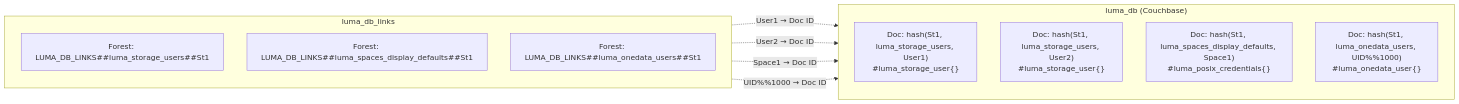
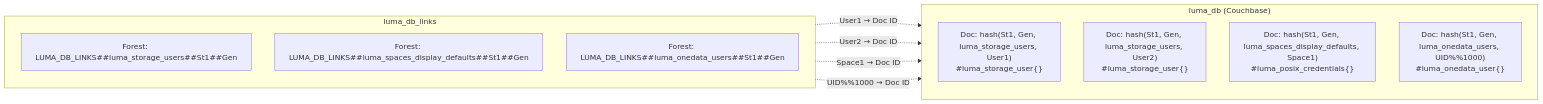
Before and after one commit to onedata/op-worker: the first of 2 diagrams in doc/architecture/storage/luma/data-model.md, drawn with Mermaid. The commit also changed other lines of this file and 2 other files, not shown here.

Commit message:
VFS-11947 Update storage docs

````diff
--- a/doc/architecture/storage/luma/data-model.md
+++ b/doc/architecture/storage/luma/data-model.md
@@ -220,22 +234,22 @@
 ```mermaid
 graph LR
     subgraph "luma_db (Couchbase)"
         direction TB
-        D1["Doc: hash(St1, luma_storage_users, User1)<br/>#luma_storage_user{}"]
-        D2["Doc: hash(St1, luma_storage_users, User2)<br/>#luma_storage_user{}"]
-        D3["Doc: hash(St1, luma_spaces_display_defaults, Space1)<br/>#luma_posix_credentials{}"]
-        D4["Doc: hash(St1, luma_onedata_users, UID%%1000)<br/>#luma_onedata_user{}"]
+        D1["Doc: hash(St1, Gen, luma_storage_users, User1)<br/>#luma_storage_user{}"]
+        D2["Doc: hash(St1, Gen, luma_storage_users, User2)<br/>#luma_storage_user{}"]
+        D3["Doc: hash(St1, Gen, luma_spaces_display_defaults, Space1)<br/>#luma_posix_credentials{}"]
+        D4["Doc: hash(St1, Gen, luma_onedata_users, UID%%1000)<br/>#luma_onedata_user{}"]
     end
 
     subgraph "luma_db_links"
         direction TB
-        L1["Forest: LUMA_DB_LINKS##luma_storage_users##St1"]
-        L2["Forest: LUMA_DB_LINKS##luma_spaces_display_defaults##St1"]
-        L3["Forest: LUMA_DB_LINKS##luma_onedata_users##St1"]
+        L1["Forest: LUMA_DB_LINKS##luma_storage_users##St1##Gen"]
+        L2["Forest: LUMA_DB_LINKS##luma_spaces_display_defaults##St1##Gen"]
+        L3["Forest: LUMA_DB_LINKS##luma_onedata_users##St1##Gen"]
     end
 
     L1 -. "User1 → Doc ID" .-> D1
     L1 -. "User2 → Doc ID" .-> D2
     L2 -. "Space1 → Doc ID" .-> D3
     L3 -. "UID%%1000 → Doc ID" .-> D4
 ```
````
